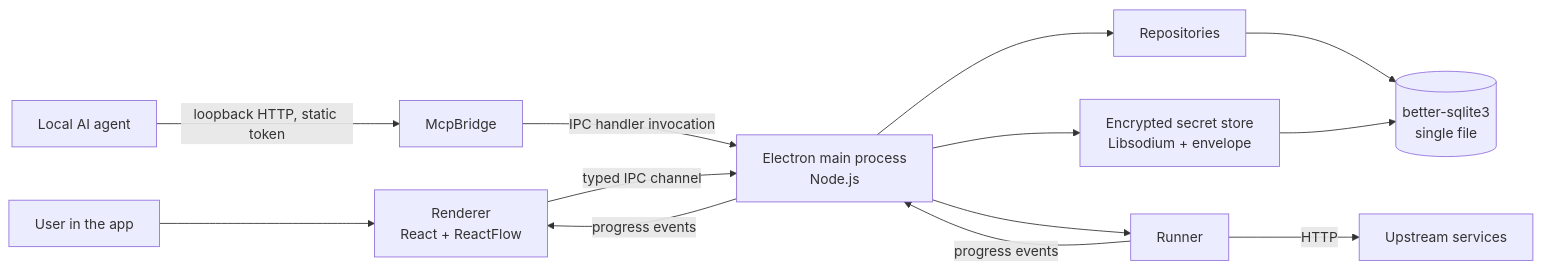
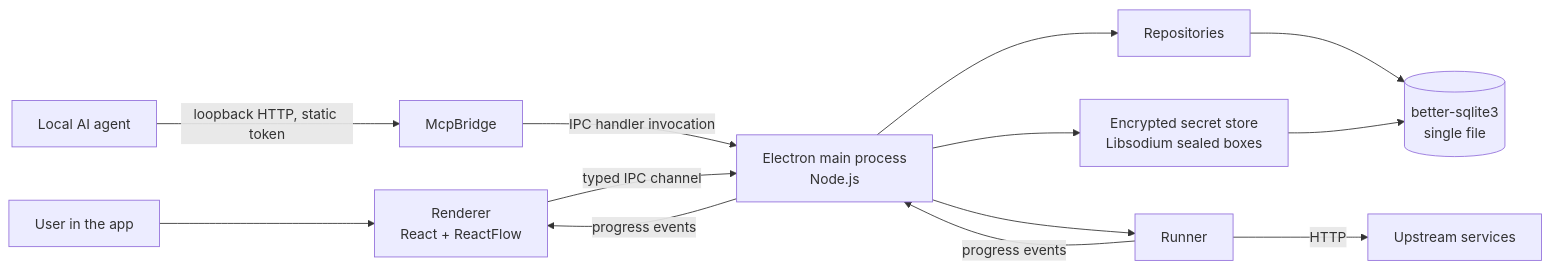
One commit to Kaysharp42/apiweave changed the diagram in docs/reference/architecture.md. Above: the diagram before and after it, drawn with Mermaid. The commit also changed other lines of this file and 25 other files, not shown here.

````diff
--- a/docs/reference/architecture.md
+++ b/docs/reference/architecture.md
@@ -11,15 +11,15 @@
 ```mermaid
 graph LR
     User[User in the app] --> Renderer
     Agent[Local AI agent] -->|loopback HTTP, static token| McpBridge
     McpBridge -->|IPC handler invocation| MainProcess
     Renderer[Renderer<br/>React + ReactFlow] -->|typed IPC channel| MainProcess
     MainProcess[Electron main process<br/>Node.js] --> Repositories
     Repositories --> SQLite[(better-sqlite3<br/>single file)]
     MainProcess --> Runner
     Runner -->|HTTP| Upstream[Upstream services]
-    MainProcess --> SecretStore[Encrypted secret store<br/>Libsodium + envelope]
+    MainProcess --> SecretStore[Encrypted secret store<br/>Libsodium sealed boxes]
     SecretStore --> SQLite
     Runner -->|progress events| MainProcess
     MainProcess -->|progress events| Renderer
 ```
````
